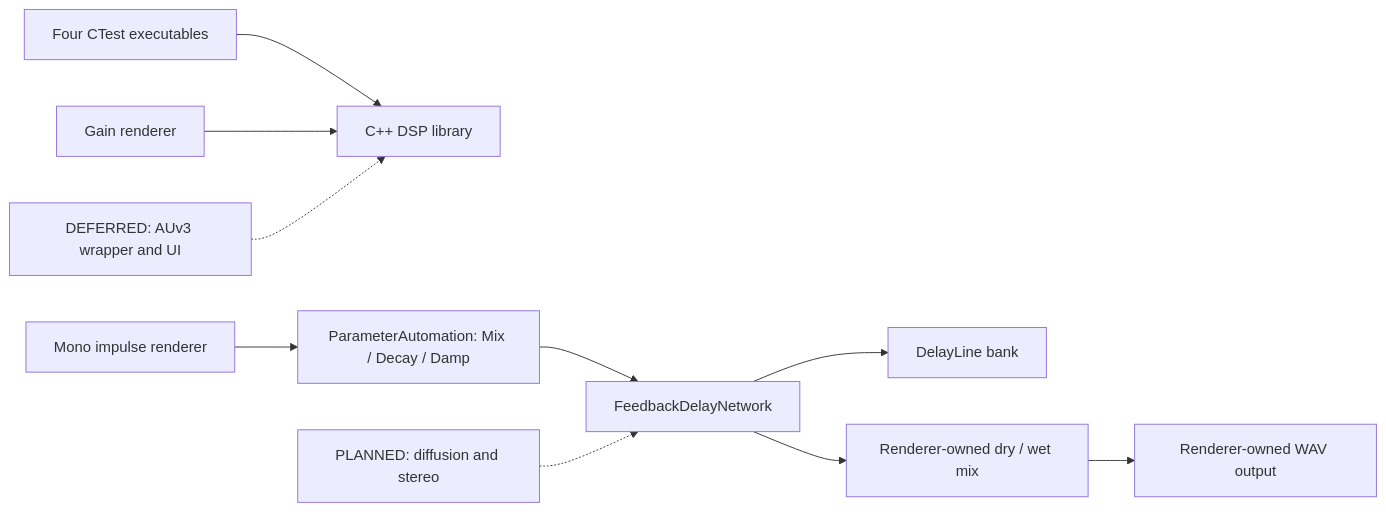
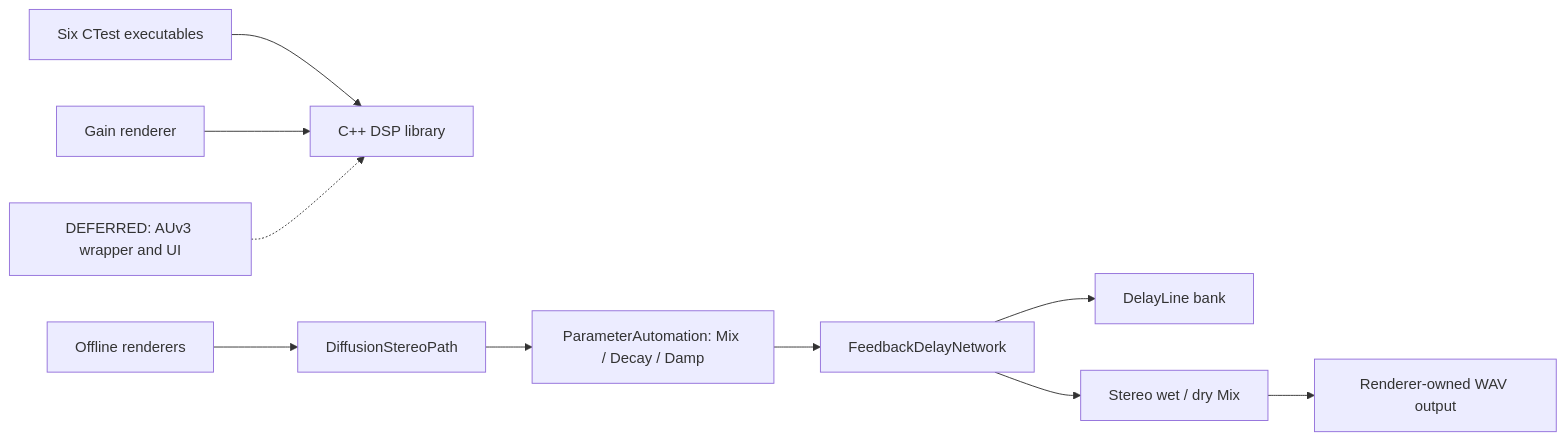
Before and after one commit to joshband/aetherfield: the diagram in docs/architecture.md, drawn with Mermaid. The commit also changed other lines of this file and 9 other files, not shown here.

````diff
--- a/docs/architecture.md
+++ b/docs/architecture.md
@@ -10,12 +11,12 @@
 ```mermaid
 flowchart LR
-    TEST["Four CTest executables"] --> DSP["C++ DSP library"]
+    TEST["Six CTest executables"] --> DSP["C++ DSP library"]
     GAIN["Gain renderer"] --> DSP
-    REVERB["Mono impulse renderer"] --> PARAM["ParameterAutomation: Mix / Decay / Damp"]
+    REVERB["Offline renderers"] --> PATH["DiffusionStereoPath"]
+    PATH --> PARAM["ParameterAutomation: Mix / Decay / Damp"]
     PARAM --> FDN["FeedbackDelayNetwork"]
     FDN --> DELAY["DelayLine bank"]
-    FDN --> MIX["Renderer-owned dry / wet mix"]
+    FDN --> MIX["Stereo wet / dry Mix"]
     MIX --> WAV["Renderer-owned WAV output"]
-    FUTURE["PLANNED: diffusion and stereo"] -.-> FDN
     AU["DEFERRED: AUv3 wrapper and UI"] -.-> DSP
 ```
````
